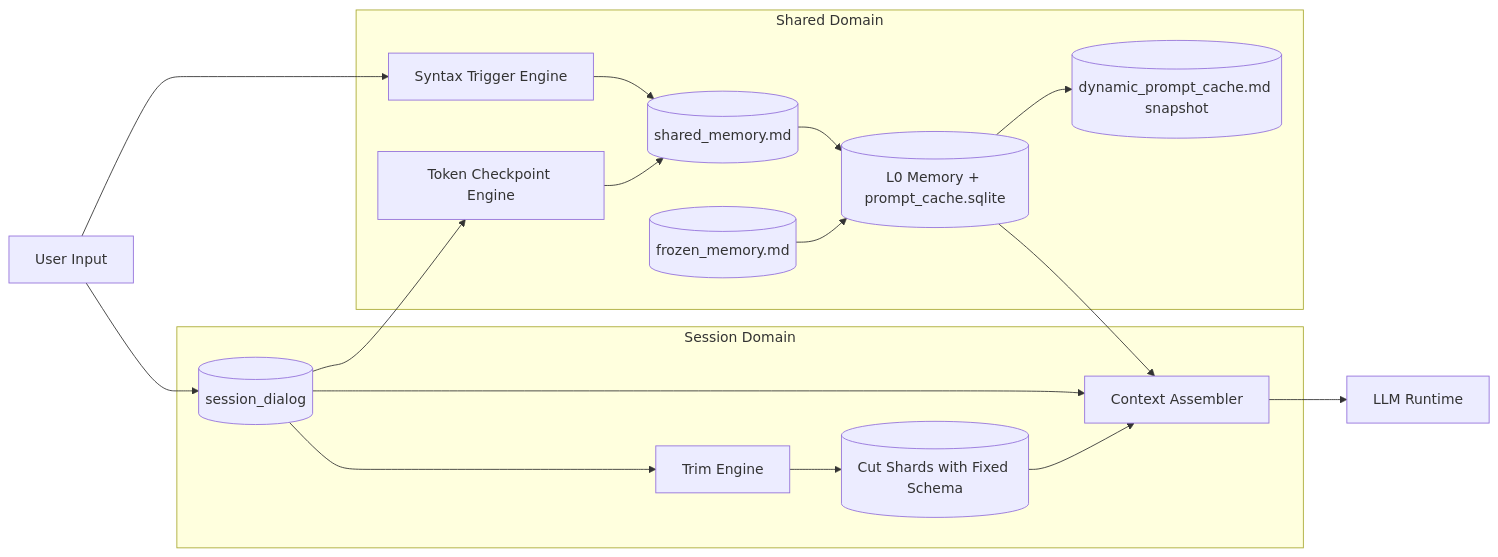
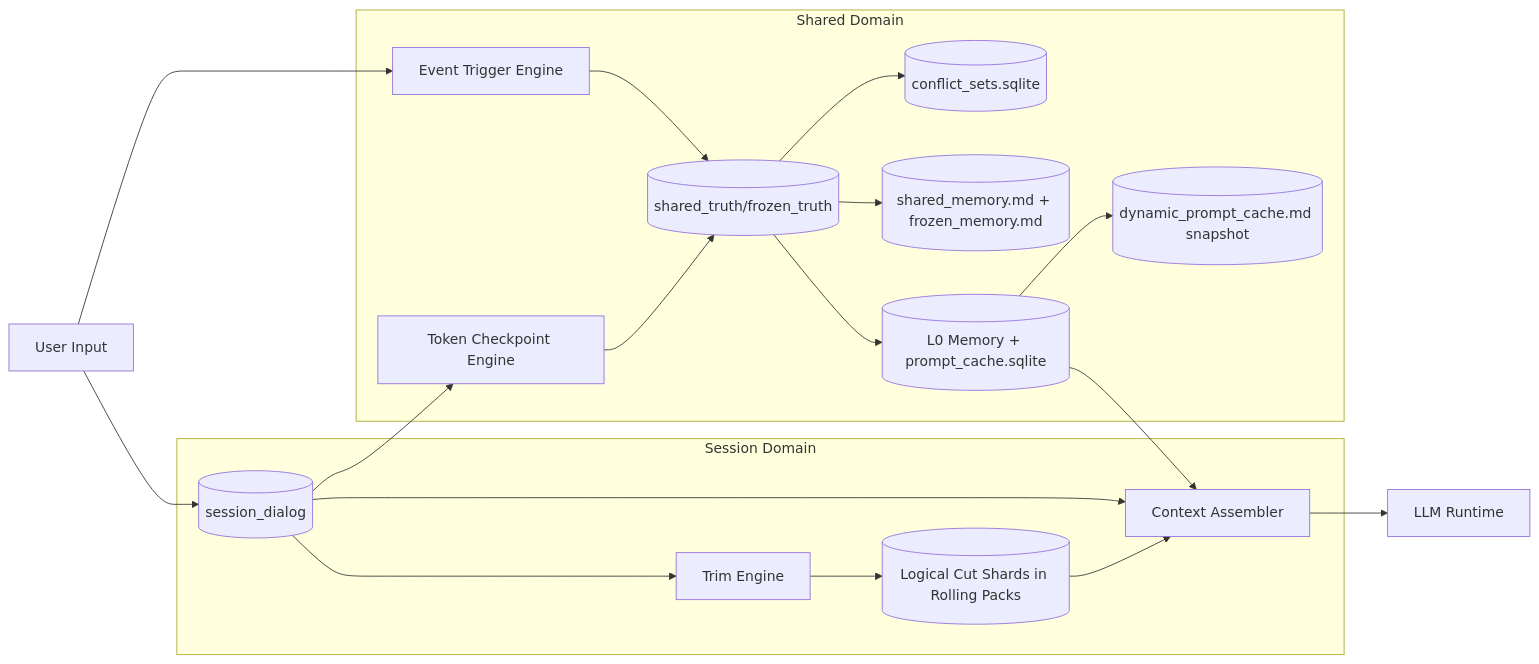
The second of 2 diagrams in lyra-core-v1/06-Memory-Architecture.md (petehsu/Lyra), drawn with Mermaid before and after one commit. The commit also changed other lines of this file and 2022 other files, not shown here.

````diff
--- a/lyra-core-v1/06-Memory-Architecture.md
+++ b/lyra-core-v1/06-Memory-Architecture.md
@@ -899,34 +1244,36 @@
 ```mermaid
 flowchart LR
   subgraph SessionDomain[Session Domain]
     Live[(session_dialog)]
     Trim[Trim Engine]
-    Cuts[(Cut Shards with Fixed Schema)]
+    Cuts[(Logical Cut Shards in Rolling Packs)]
     Ctx[Context Assembler]
   end
 
   subgraph SharedDomain[Shared Domain]
-    Syntax[Syntax Trigger Engine]
+    Event[Event Trigger Engine]
     Token[Token Checkpoint Engine]
-    Shared[(shared_memory.md)]
-    Frozen[(frozen_memory.md)]
+    Truth[(shared_truth/frozen_truth)]
+    Conflict[(conflict_sets.sqlite)]
+    Projection[(shared_memory.md + frozen_memory.md)]
     Cache[(L0 Memory + prompt_cache.sqlite)]
     Dyn[(dynamic_prompt_cache.md snapshot)]
   end
 
   User[User Input] --> Live
   Live --> Ctx
   Live --> Trim
   Trim --> Cuts
   Cuts --> Ctx
 
-  User --> Syntax
+  User --> Event
   Live --> Token
-  Syntax --> Shared
-  Token --> Shared
-  Shared --> Cache
-  Frozen --> Cache
+  Event --> Truth
+  Token --> Truth
+  Truth --> Conflict
+  Truth --> Projection
+  Truth --> Cache
   Cache --> Dyn
   Cache --> Ctx
   Ctx --> Model[LLM Runtime]
 ```
````
